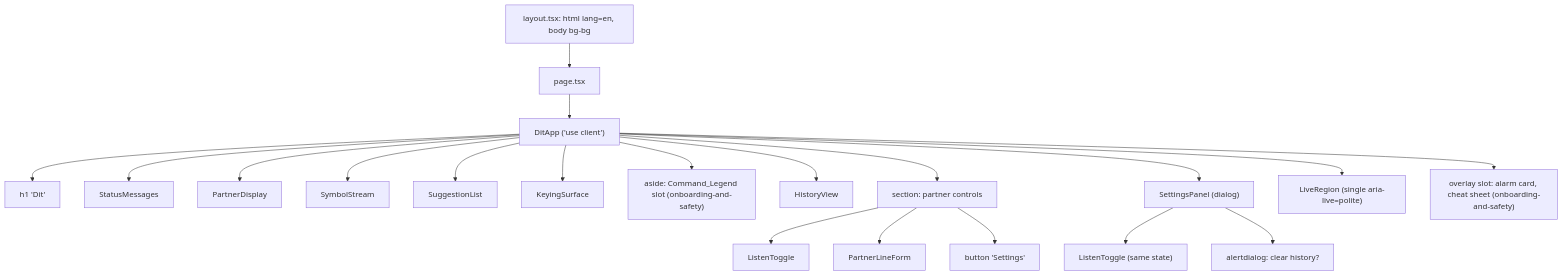
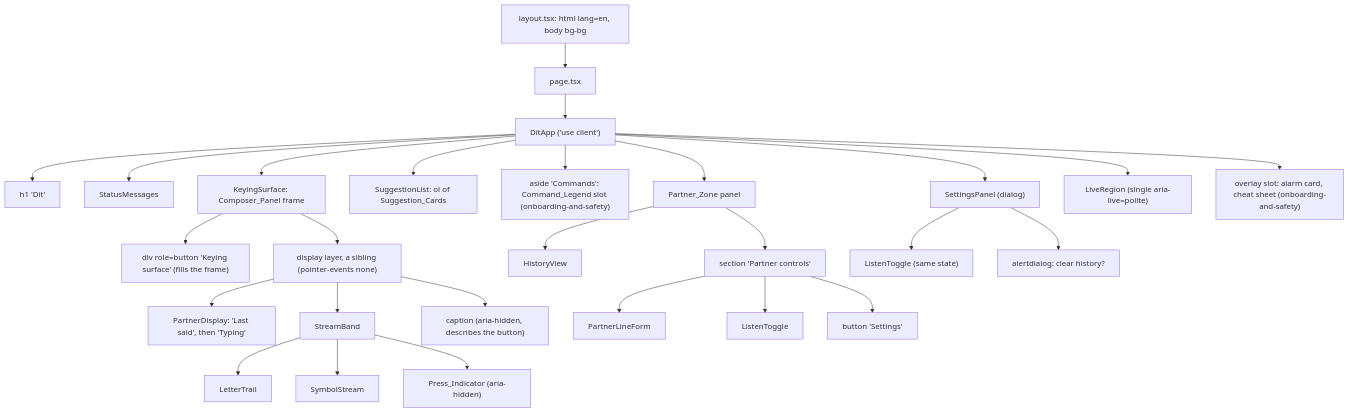
One commit to Chinteyley/dit changed the second of 5 diagrams in .kiro/specs/conversation-ui/design.md. Above: the diagram before and after it, drawn with Mermaid. The commit also changed other lines of this file and 30 other files, not shown here.

Commit message:
give the composed sentence, live stream and highlighted suggestion the stage so a partner can follow from across the room

````diff
--- a/.kiro/specs/conversation-ui/design.md
+++ b/.kiro/specs/conversation-ui/design.md
@@ -112,22 +117,29 @@
 ```mermaid
 graph TD
   Layout["layout.tsx: html lang=en, body bg-bg"] --> Page[page.tsx]
   Page --> DitApp["DitApp ('use client')"]
   DitApp --> H1["h1 'Dit'"]
   DitApp --> Status[StatusMessages]
-  DitApp --> PD[PartnerDisplay]
-  DitApp --> SS[SymbolStream]
-  DitApp --> SL[SuggestionList]
-  DitApp --> KS[KeyingSurface]
-  DitApp --> Legend["aside: Command_Legend slot (onboarding-and-safety)"]
-  DitApp --> HV[HistoryView]
-  DitApp --> Partner["section: partner controls"]
+  DitApp --> KS["KeyingSurface: Composer_Panel frame"]
+  KS --> KSB["div role=button 'Keying surface' (fills the frame)"]
+  KS --> Layer["display layer, a sibling (pointer-events none)"]
+  Layer --> PD["PartnerDisplay: 'Last said', then 'Typing'"]
+  Layer --> SB[StreamBand]
+  SB --> LTr[LetterTrail]
+  SB --> SS[SymbolStream]
+  SB --> PI["Press_Indicator (aria-hidden)"]
+  Layer --> Cap["caption (aria-hidden, describes the button)"]
+  DitApp --> SL["SuggestionList: ol of Suggestion_Cards"]
+  DitApp --> Legend["aside 'Commands': Command_Legend slot (onboarding-and-safety)"]
+  DitApp --> PZ["Partner_Zone panel"]
+  PZ --> HV[HistoryView]
+  PZ --> Partner["section 'Partner controls'"]
+  Partner --> PLF[PartnerLineForm]
   Partner --> LT[ListenToggle]
-  Partner --> PLF[PartnerLineForm]
   Partner --> SetBtn["button 'Settings'"]
   DitApp --> SP["SettingsPanel (dialog)"]
   SP --> LT2["ListenToggle (same state)"]
   SP --> Confirm["alertdialog: clear history?"]
   DitApp --> LR["LiveRegion (single aria-live=polite)"]
   DitApp --> Overlay["overlay slot: alarm card, cheat sheet (onboarding-and-safety)"]
 ```
````
